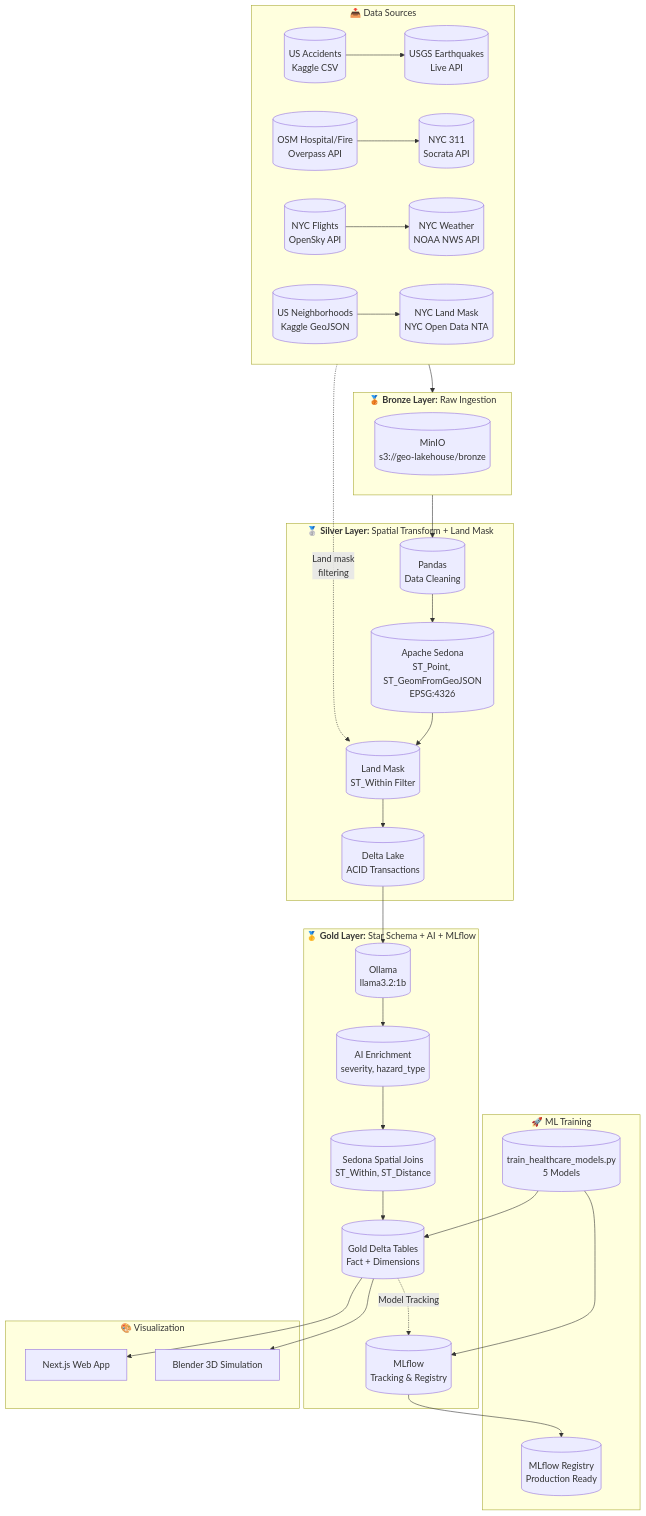
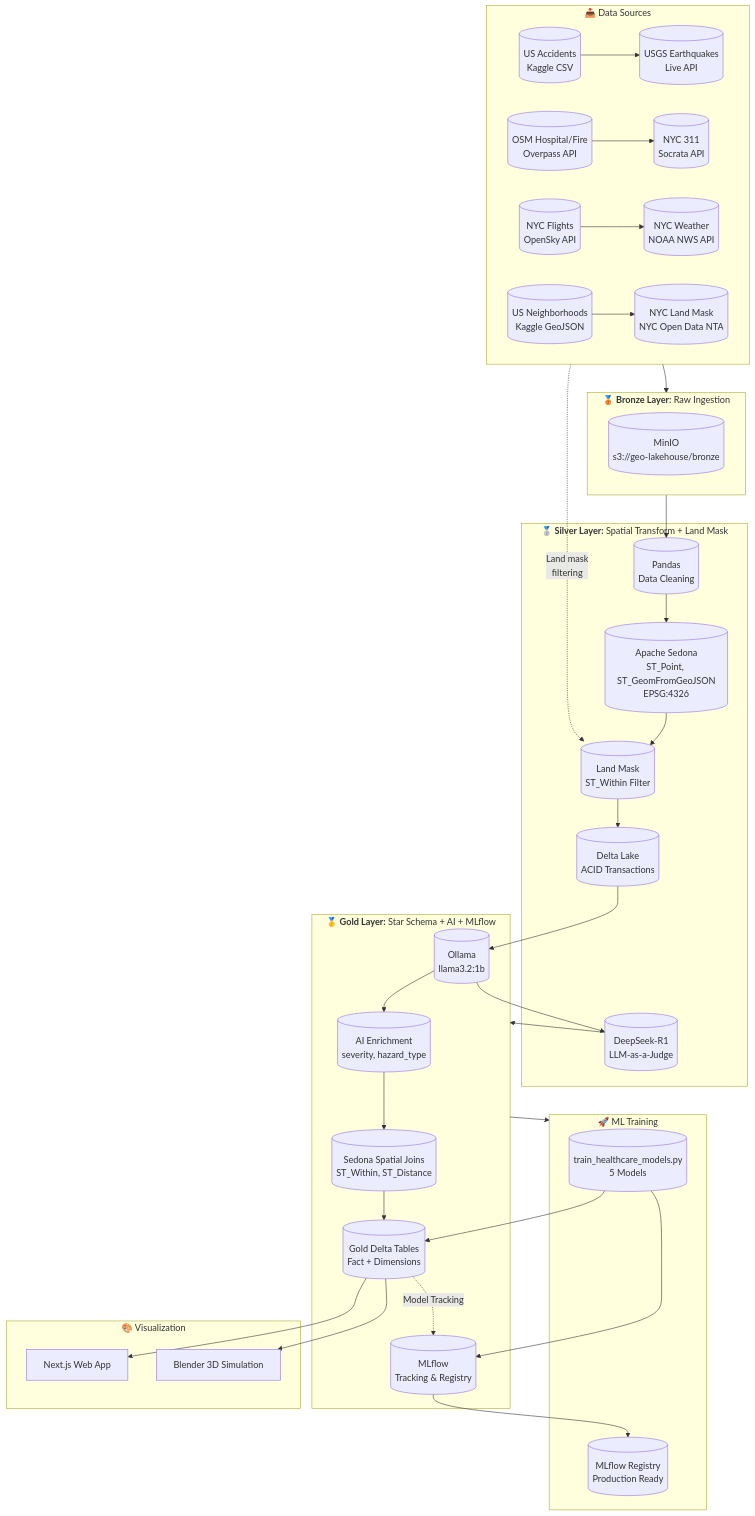
Before and after one commit to matiasmagni/geo-ai-medallion-architecture-pipeline: the first of 7 diagrams in README.md, drawn with Mermaid. The commit also changed other lines of this file and 18 other files, not shown here.

First line of the commit message:
fix: Enable Sedona spatial functions, fix Gold schema, fix Spark container (#12)

````diff
--- a/README.md
+++ b/README.md
@@ -39,55 +40,59 @@
 ```mermaid
 flowchart TB
     subgraph Sources["📥 Data Sources"]
         direction LR
         S1[("US Accidents<br/>Kaggle CSV")] --> S2[("USGS Earthquakes<br/>Live API")]
         S3[("OSM Hospital/Fire<br/>Overpass API")] --> S4[("NYC 311<br/>Socrata API")]
         S5[("NYC Flights<br/>OpenSky API")] --> S6[("NYC Weather<br/>NOAA NWS API")]
         S7[("US Neighborhoods<br/>Kaggle GeoJSON")] --> S8[("NYC Land Mask<br/>NYC Open Data NTA")]
     end
     
     subgraph Bronze["<b>🥉 Bronze Layer:</b> Raw Ingestion"]
         B[("MinIO<br/>s3://geo-lakehouse/bronze")]
     end
     
     subgraph Silver["<b>🥈 Silver Layer:</b> Spatial Transform + Land Mask"]
         ST[("Apache Sedona<br/>ST_Point, ST_GeomFromGeoJSON<br/>EPSG:4326")]
         PANDAS[("Pandas<br/>Data Cleaning")]
         Mask[("Land Mask<br/>ST_Within Filter")]
         SDelta[("Delta Lake<br/>ACID Transactions")]
+        Judge[("DeepSeek-R1<br/>LLM-as-a-Judge")]
     end
     
     subgraph Gold["<b>🥇 Gold Layer:</b> Star Schema + AI + MLflow"]
         Ollama[("Ollama<br/>llama3.2:1b")]
         AI[("AI Enrichment<br/>severity, hazard_type")]
         SJ[("Sedona Spatial Joins<br/>ST_Within, ST_Distance")]
         GF[("Gold Delta Tables<br/>Fact + Dimensions")]
         ML[("MLflow<br/>Tracking & Registry")]
     end
     
     subgraph Training["🚀 ML Training"]
         T[("train_healthcare_models.py<br/>5 Models")]
         T --> ML
         ML --> MR[("MLflow Registry<br/>Production Ready")]
     end
     
     subgraph Viz["🎨 Visualization"]
         WA["Next.js Web App"]
         B3D["Blender 3D Simulation"]
     end
     
     Sources --> Bronze
     Bronze --> PANDAS
     PANDAS --> ST
     ST --> Mask
-    S8 -.->|Land mask<br/>filtering| Mask
     Mask --> SDelta
     SDelta --> Ollama
+    Ollama --> Judge
+    Judge --> Gold
+    Gold --> Training
+    S8 -.->|Land mask<br/>filtering| Mask
     Ollama --> AI
     AI --> SJ
     SJ --> GF
     GF -.->|Model Tracking| ML
     GF --> WA
     GF --> B3D
     T --> GF
 ```
````
